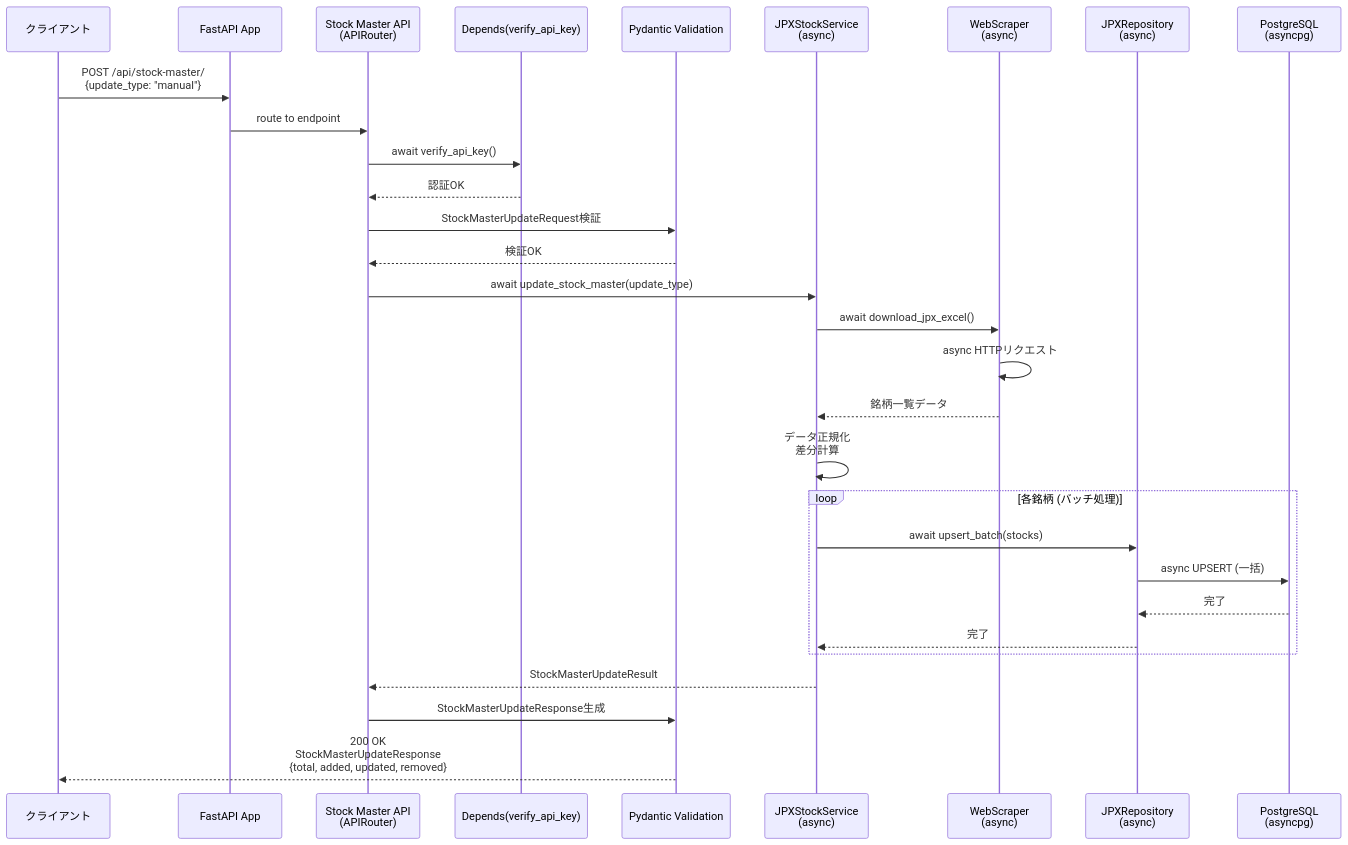
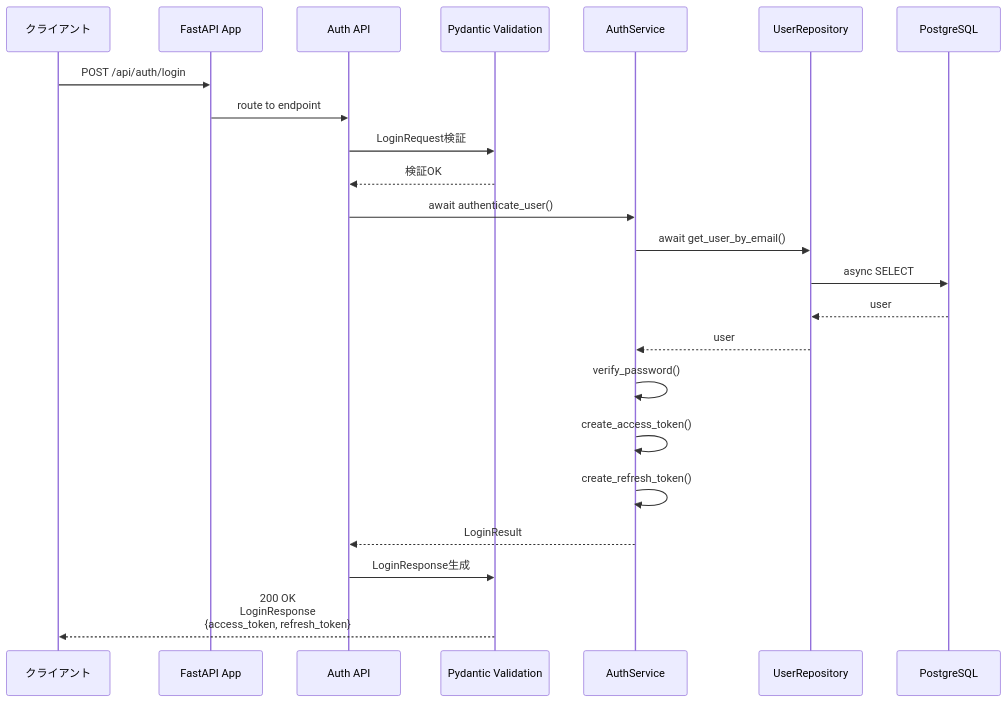
One commit to TIMMY-WEST/STOCK-INVESTMENT-ANALYZER changed the seventh of 9 diagrams in docs/architecture/layers/api_layer.md. Above: the diagram before and after it, drawn with Mermaid. The commit also changed other lines of this file and 1 other file, not shown here.

````diff
--- a/docs/architecture/layers/api_layer.md
+++ b/docs/architecture/layers/api_layer.md
@@ -552,41 +569,31 @@
 ```mermaid
 sequenceDiagram
     participant Client as クライアント
     participant FastAPI as FastAPI App
-    participant StockAPI as Stock Master API<br/>(APIRouter)
-    participant Auth as Depends(verify_api_key)
+    participant AuthAPI as Auth API
     participant Pydantic as Pydantic Validation
-    participant JPXSvc as JPXStockService<br/>(async)
-    participant Scraper as WebScraper<br/>(async)
-    participant Repo as JPXRepository<br/>(async)
-    participant DB as PostgreSQL<br/>(asyncpg)
+    participant AuthSvc as AuthService
+    participant UserRepo as UserRepository
+    participant DB as PostgreSQL
 
-    Client->>FastAPI: POST /api/stock-master/<br/>{update_type: "manual"}
-    FastAPI->>StockAPI: route to endpoint
+    Client->>FastAPI: POST /api/auth/login
+    FastAPI->>AuthAPI: route to endpoint
 
-    StockAPI->>Auth: await verify_api_key()
-    Auth-->>StockAPI: 認証OK
+    AuthAPI->>Pydantic: LoginRequest検証
+    Pydantic-->>AuthAPI: 検証OK
 
-    StockAPI->>Pydantic: StockMasterUpdateRequest検証
-    Pydantic-->>StockAPI: 検証OK
+    AuthAPI->>AuthSvc: await authenticate_user()
+    AuthSvc->>UserRepo: await get_user_by_email()
+    UserRepo->>DB: async SELECT
+    DB-->>UserRepo: user
+    UserRepo-->>AuthSvc: user
 
-    StockAPI->>JPXSvc: await update_stock_master(update_type)
+    AuthSvc->>AuthSvc: verify_password()
+    AuthSvc->>AuthSvc: create_access_token()
+    AuthSvc->>AuthSvc: create_refresh_token()
 
-    JPXSvc->>Scraper: await download_jpx_excel()
-    Scraper->>Scraper: async HTTPリクエスト
-    Scraper-->>JPXSvc: 銘柄一覧データ
+    AuthSvc-->>AuthAPI: LoginResult
 
-    JPXSvc->>JPXSvc: データ正規化<br/>差分計算
-
-    loop 各銘柄 (バッチ処理)
-        JPXSvc->>Repo: await upsert_batch(stocks)
-        Repo->>DB: async UPSERT (一括)
-        DB-->>Repo: 完了
-        Repo-->>JPXSvc: 完了
-    end
-
-    JPXSvc-->>StockAPI: StockMasterUpdateResult
-
-    StockAPI->>Pydantic: StockMasterUpdateResponse生成
-    Pydantic-->>Client: 200 OK<br/>StockMasterUpdateResponse<br/>{total, added, updated, removed}
+    AuthAPI->>Pydantic: LoginResponse生成
+    Pydantic-->>Client: 200 OK<br/>LoginResponse<br/>{access_token, refresh_token}
 ```
````
